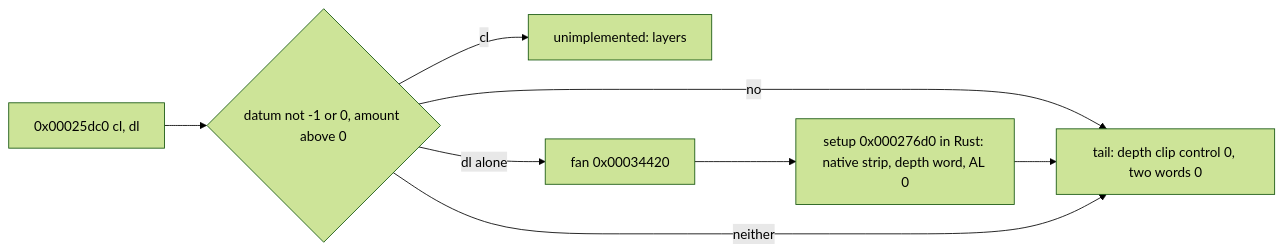
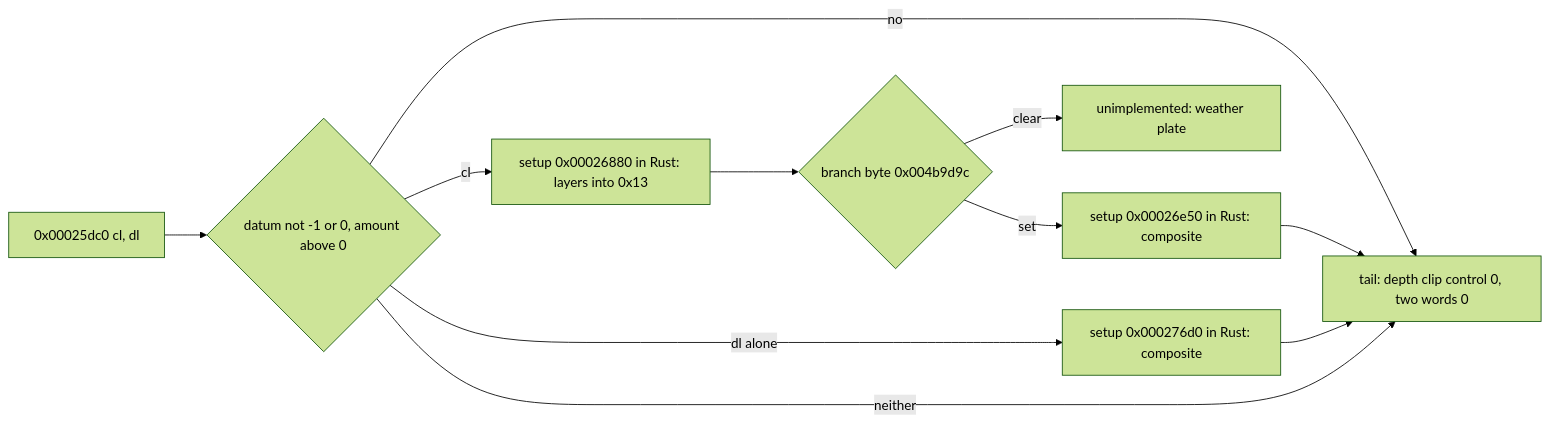
The diagram in docs/graphics/retire-d3d-fog-fans.md (0xdeafcafe/h2r), drawn with Mermaid (forest theme) before and after one commit. The commit also changed other lines of this file and 10 other files, not shown here.

First line of the commit message:
fog fans: the layers into target 0x13 and their composite's set branch drawn natively; the fog's bitmaps loaded at map load

````diff
--- a/docs/graphics/retire-d3d-fog-fans.md
+++ b/docs/graphics/retire-d3d-fog-fans.md
@@ -11,8 +11,10 @@
 ```mermaid
 flowchart LR
   F[0x00025dc0 cl, dl] --> G{datum not -1 or 0, amount above 0}
   G -- no --> T[tail: depth clip control 0, two words 0]
-  G -- cl --> L[unimplemented: layers]
-  G -- dl alone --> C[fan 0x00034420] --> S[setup 0x000276d0 in Rust: native strip, depth word, AL 0] --> T
+  G -- cl --> L[setup 0x00026880 in Rust: layers into 0x13] --> LC{branch byte 0x004b9d9c}
+  LC -- set --> C2[setup 0x00026e50 in Rust: composite] --> T
+  LC -- clear --> W[unimplemented: weather plate]
+  G -- dl alone --> C[setup 0x000276d0 in Rust: composite] --> T
   G -- neither --> T
 ```
````
